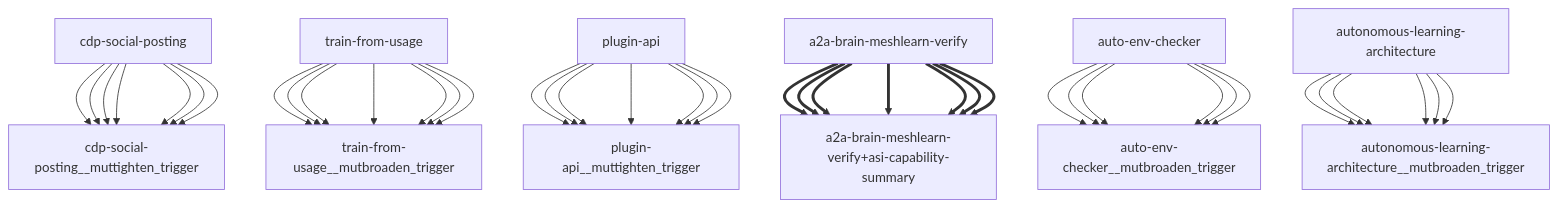
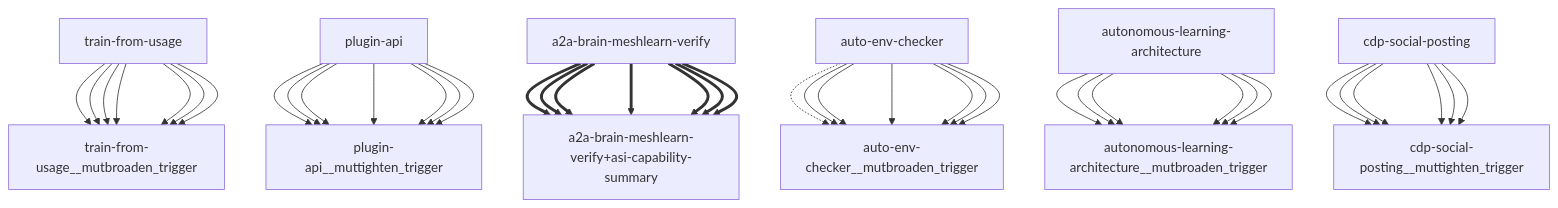
Before and after one commit to openamer/openamer: the diagram in reports/darwin-report.md, drawn with Mermaid. The commit also changed other lines of this file and 75 other files, not shown here.

````diff
--- a/reports/darwin-report.md
+++ b/reports/darwin-report.md
@@ -65,43 +65,43 @@
 ```mermaid
 graph TD
-    cdp-social-posting["cdp-social-posting"] --> cdp-social-posting__muttighten_trigger["cdp-social-posting__muttighten_trigger"]
     train-from-usage["train-from-usage"] --> train-from-usage__mutbroaden_trigger["train-from-usage__mutbroaden_trigger"]
     plugin-api["plugin-api"] --> plugin-api__muttighten_trigger["plugin-api__muttighten_trigger"]
     a2a-brain-meshlearn-verify["a2a-brain-meshlearn-verify"] ==> a2a-brain-meshlearn-verify+asi-capability-summary["a2a-brain-meshlearn-verify+asi-capability-summary"]
+    auto-env-checker["auto-env-checker"] -.-> auto-env-checker__mutbroaden_trigger["auto-env-checker__mutbroaden_trigger"]
     auto-env-checker["auto-env-checker"] --> auto-env-checker__mutbroaden_trigger["auto-env-checker__mutbroaden_trigger"]
     autonomous-learning-architecture["autonomous-learning-architecture"] --> autonomous-learning-architecture__mutbroaden_trigger["autonomous-learning-architecture__mutbroaden_trigger"]
     cdp-social-posting["cdp-social-posting"] --> cdp-social-posting__muttighten_trigger["cdp-social-posting__muttighten_trigger"]
     train-from-usage["train-from-usage"] --> train-from-usage__mutbroaden_trigger["train-from-usage__mutbroaden_trigger"]
     plugin-api["plugin-api"] --> plugin-api__muttighten_trigger["plugin-api__muttighten_trigger"]
     a2a-brain-meshlearn-verify["a2a-brain-meshlearn-verify"] ==> a2a-brain-meshlearn-verify+asi-capability-summary["a2a-brain-meshlearn-verify+asi-capability-summary"]
     auto-env-checker["auto-env-checker"] --> auto-env-checker__mutbroaden_trigger["auto-env-checker__mutbroaden_trigger"]
     autonomous-learning-architecture["autonomous-learning-architecture"] --> autonomous-learning-architecture__mutbroaden_trigger["autonomous-learning-architecture__mutbroaden_trigger"]
     cdp-social-posting["cdp-social-posting"] --> cdp-social-posting__muttighten_trigger["cdp-social-posting__muttighten_trigger"]
     train-from-usage["train-from-usage"] --> train-from-usage__mutbroaden_trigger["train-from-usage__mutbroaden_trigger"]
     plugin-api["plugin-api"] --> plugin-api__muttighten_trigger["plugin-api__muttighten_trigger"]
     a2a-brain-meshlearn-verify["a2a-brain-meshlearn-verify"] ==> a2a-brain-meshlearn-verify+asi-capability-summary["a2a-brain-meshlearn-verify+asi-capability-summary"]
     auto-env-checker["auto-env-checker"] --> auto-env-checker__mutbroaden_trigger["auto-env-checker__mutbroaden_trigger"]
     autonomous-learning-architecture["autonomous-learning-architecture"] --> autonomous-learning-architecture__mutbroaden_trigger["autonomous-learning-architecture__mutbroaden_trigger"]
     cdp-social-posting["cdp-social-posting"] --> cdp-social-posting__muttighten_trigger["cdp-social-posting__muttighten_trigger"]
     train-from-usage["train-from-usage"] --> train-from-usage__mutbroaden_trigger["train-from-usage__mutbroaden_trigger"]
     plugin-api["plugin-api"] --> plugin-api__muttighten_trigger["plugin-api__muttighten_trigger"]
     a2a-brain-meshlearn-verify["a2a-brain-meshlearn-verify"] ==> a2a-brain-meshlearn-verify+asi-capability-summary["a2a-brain-meshlearn-verify+asi-capability-summary"]
     auto-env-checker["auto-env-checker"] --> auto-env-checker__mutbroaden_trigger["auto-env-checker__mutbroaden_trigger"]
     autonomous-learning-architecture["autonomous-learning-architecture"] --> autonomous-learning-architecture__mutbroaden_trigger["autonomous-learning-architecture__mutbroaden_trigger"]
     cdp-social-posting["cdp-social-posting"] --> cdp-social-posting__muttighten_trigger["cdp-social-posting__muttighten_trigger"]
     train-from-usage["train-from-usage"] --> train-from-usage__mutbroaden_trigger["train-from-usage__mutbroaden_trigger"]
     plugin-api["plugin-api"] --> plugin-api__muttighten_trigger["plugin-api__muttighten_trigger"]
     a2a-brain-meshlearn-verify["a2a-brain-meshlearn-verify"] ==> a2a-brain-meshlearn-verify+asi-capability-summary["a2a-brain-meshlearn-verify+asi-capability-summary"]
     auto-env-checker["auto-env-checker"] --> auto-env-checker__mutbroaden_trigger["auto-env-checker__mutbroaden_trigger"]
     autonomous-learning-architecture["autonomous-learning-architecture"] --> autonomous-learning-architecture__mutbroaden_trigger["autonomous-learning-architecture__mutbroaden_trigger"]
     cdp-social-posting["cdp-social-posting"] --> cdp-social-posting__muttighten_trigger["cdp-social-posting__muttighten_trigger"]
     train-from-usage["train-from-usage"] --> train-from-usage__mutbroaden_trigger["train-from-usage__mutbroaden_trigger"]
     plugin-api["plugin-api"] --> plugin-api__muttighten_trigger["plugin-api__muttighten_trigger"]
     a2a-brain-meshlearn-verify["a2a-brain-meshlearn-verify"] ==> a2a-brain-meshlearn-verify+asi-capability-summary["a2a-brain-meshlearn-verify+asi-capability-summary"]
     auto-env-checker["auto-env-checker"] --> auto-env-checker__mutbroaden_trigger["auto-env-checker__mutbroaden_trigger"]
     autonomous-learning-architecture["autonomous-learning-architecture"] --> autonomous-learning-architecture__mutbroaden_trigger["autonomous-learning-architecture__mutbroaden_trigger"]
     cdp-social-posting["cdp-social-posting"] --> cdp-social-posting__muttighten_trigger["cdp-social-posting__muttighten_trigger"]
     train-from-usage["train-from-usage"] --> train-from-usage__mutbroaden_trigger["train-from-usage__mutbroaden_trigger"]
     plugin-api["plugin-api"] --> plugin-api__muttighten_trigger["plugin-api__muttighten_trigger"]
     a2a-brain-meshlearn-verify["a2a-brain-meshlearn-verify"] ==> a2a-brain-meshlearn-verify+asi-capability-summary["a2a-brain-meshlearn-verify+asi-capability-summary"]
 ```
````
